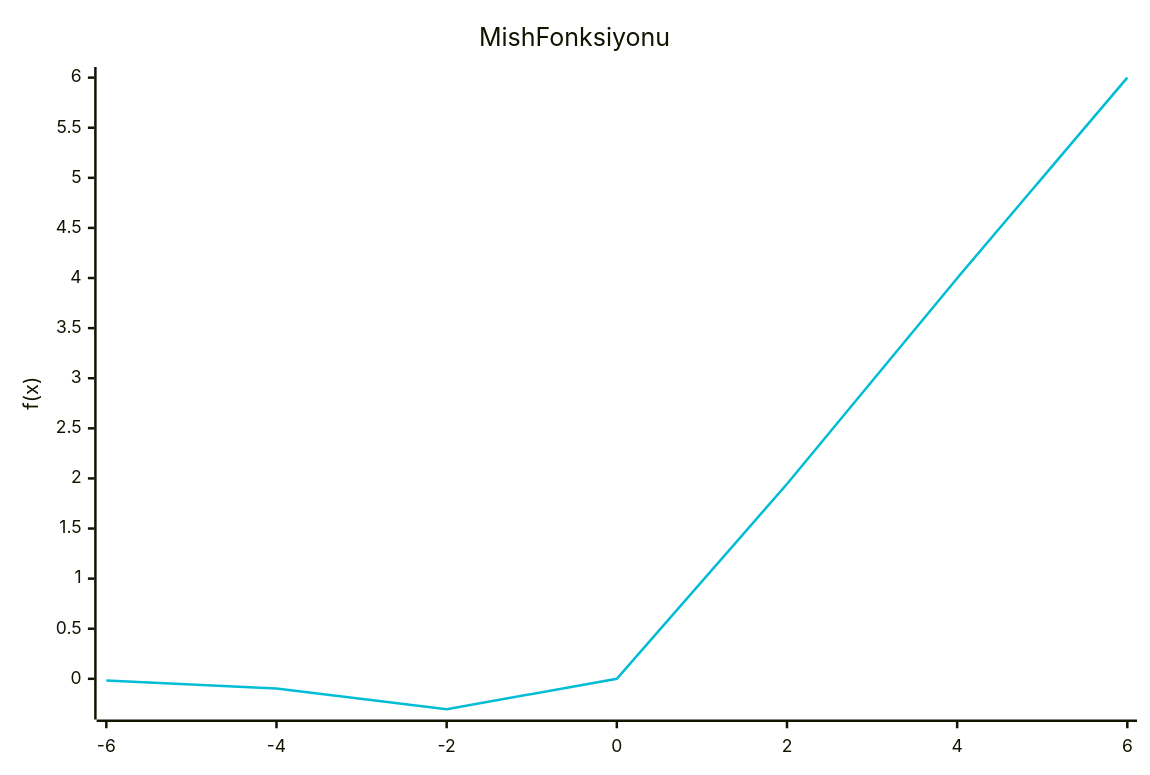
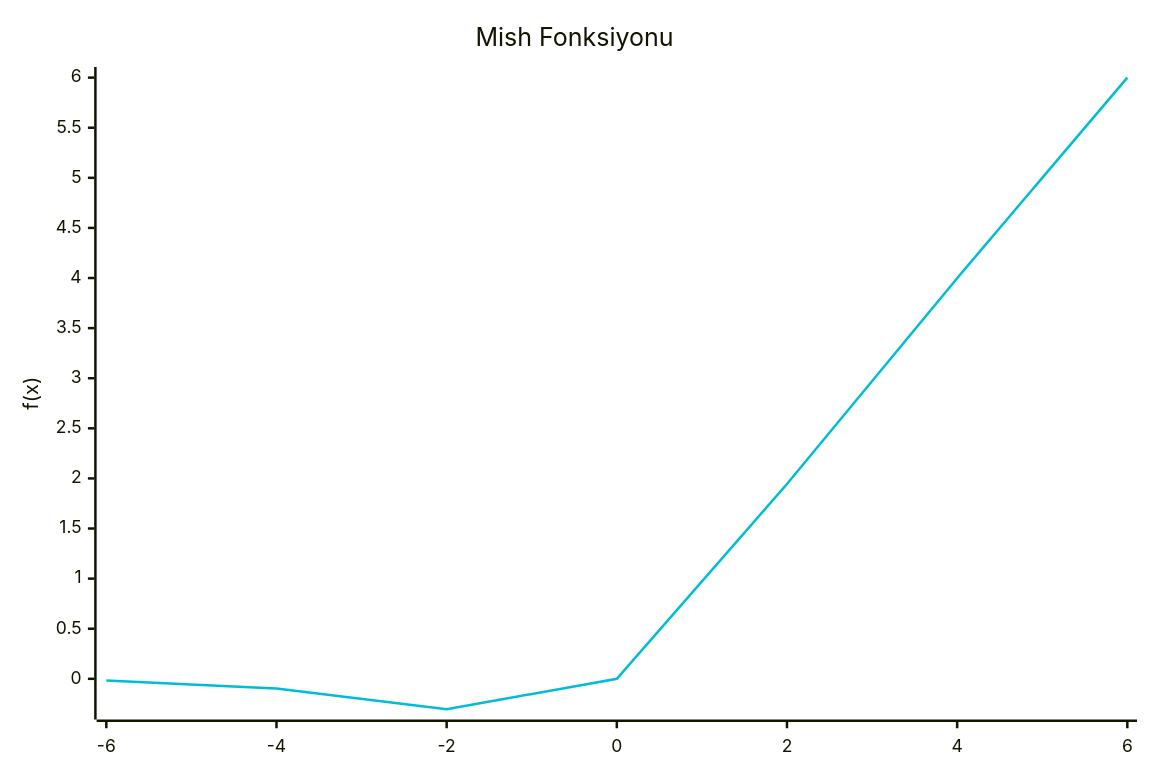
The ninth of 11 diagrams in dl/02-aktivasyon-fonksiyonlari.md (ilkerturan/ilkerturan.github.io), drawn with Mermaid before and after one commit. The commit also changed other lines of this file, not shown here.

Commit message:
fix: enclose xychart-beta titles in quotes to resolve mermaid syntax error

````diff
--- a/dl/02-aktivasyon-fonksiyonlari.md
+++ b/dl/02-aktivasyon-fonksiyonlari.md
@@ -372,16 +372,16 @@
 ```mermaid
 ---
 config:
     xyChart:
         width: 900
         height: 600
     themeVariables:
         xyChart:
             plotColorPalette: "#00BCD4"
 ---
 xychart-beta
-    title Mish Fonksiyonu
+    title "Mish Fonksiyonu"
     x-axis [-6, -4, -2, 0, 2, 4, 6]
     y-axis "f(x)" -0.3 --> 6
     line [-0.0167, -0.0969, -0.3034, 0, 1.9440, 3.9984, 5.9999]
 ```
````
